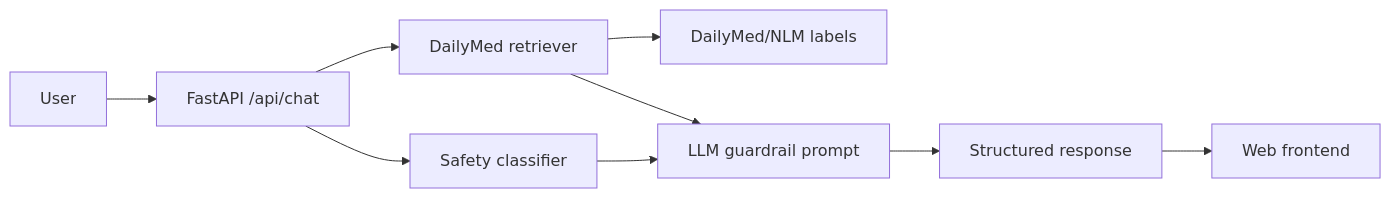
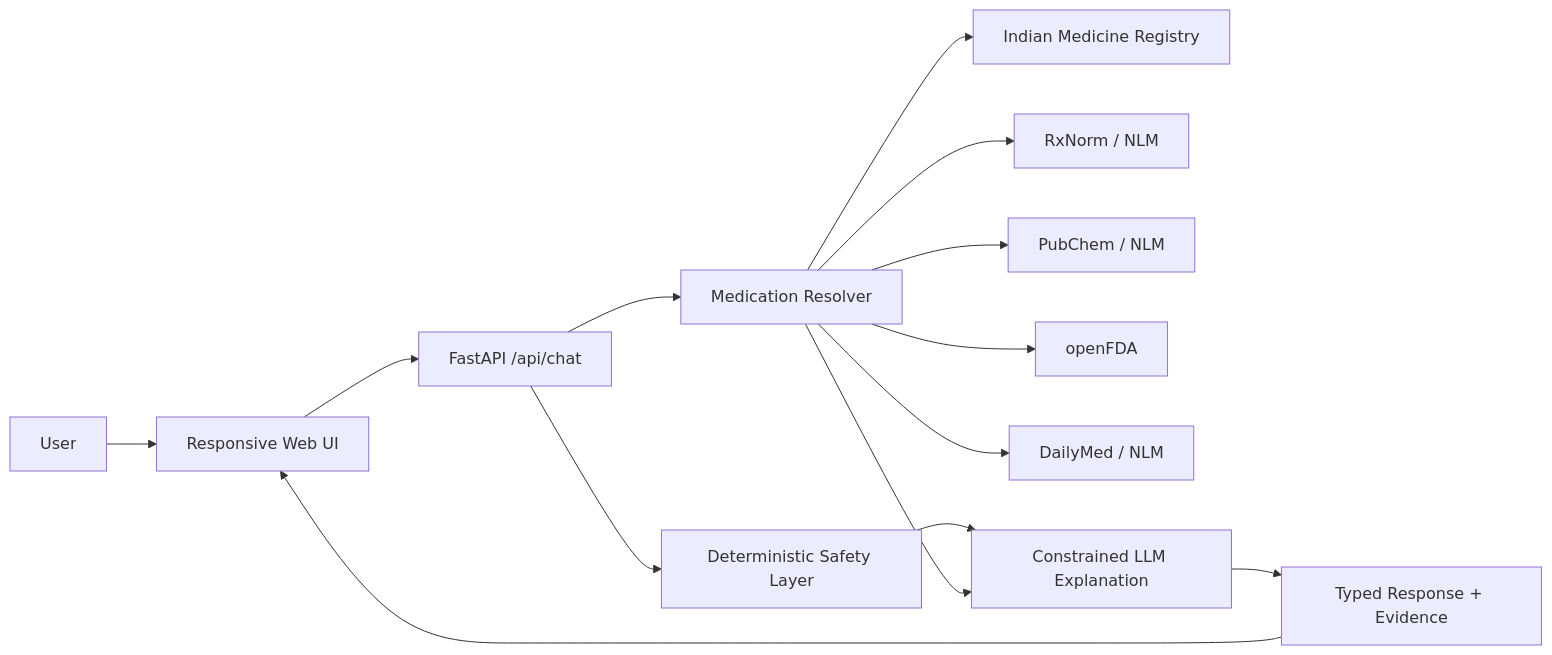
The diagram in README.md (Nomaan-n/AI-pharmacy-assistant), drawn with Mermaid before and after one commit. The commit also changed other lines of this file, not shown here.

Commit message:
Document v3 architecture and portfolio-ready capabilities

````diff
--- a/README.md
+++ b/README.md
@@ -11,11 +11,16 @@
 ```mermaid
 flowchart LR
-  U[User] --> API[FastAPI /api/chat]
-  API --> S[Safety classifier]
-  API --> R[DailyMed retriever]
-  R --> D[DailyMed/NLM labels]
-  S --> L[LLM guardrail prompt]
+  U[User] --> UI[Responsive Web UI]
+  UI --> API[FastAPI /api/chat]
+  API --> S[Deterministic Safety Layer]
+  API --> R[Medication Resolver]
+  R --> I[Indian Medicine Registry]
+  R --> X[RxNorm / NLM]
+  R --> P[PubChem / NLM]
+  R --> F[openFDA]
+  R --> D[DailyMed / NLM]
+  S --> L[Constrained LLM Explanation]
   R --> L
-  L --> O[Structured response]
-  O --> UI[Web frontend]
+  L --> O[Typed Response + Evidence]
+  O --> UI
 ```
````
